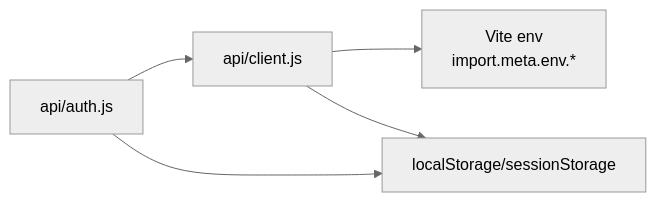
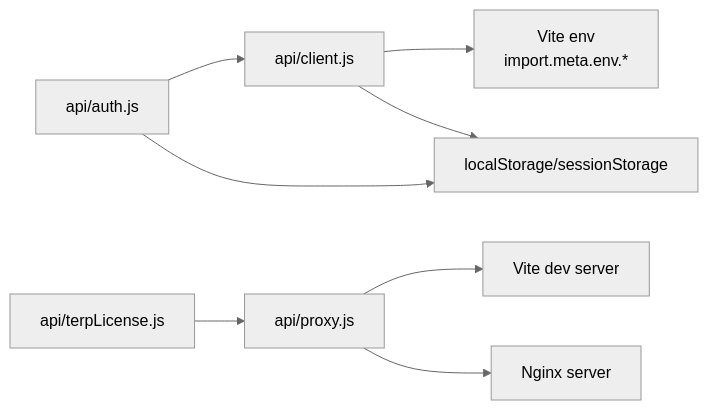
Before and after one commit to imcbsglobal/TRELLISCO_ERP_FRONTEND: the ninth of 9 diagrams in .qoder/repowiki/en/content/API Integration Layer/API Client Configuration.md, drawn with Mermaid (neutral theme). The commit also changed other lines of this file and 24 other files, not shown here.

````diff
--- a/.qoder/repowiki/en/content/API Integration Layer/API Client Configuration.md
+++ b/.qoder/repowiki/en/content/API Integration Layer/API Client Configuration.md
@@ -270,7 +390,10 @@
 ```mermaid
 graph LR
 AUTH["api/auth.js"] --> CLIENT["api/client.js"]
+TERP["api/terpLicense.js"] --> PROXY["api/proxy.js"]
 CLIENT --> ENV["Vite env<br/>import.meta.env.*"]
 CLIENT --> STORAGE["localStorage/sessionStorage"]
 AUTH --> STORAGE
+PROXY --> DEVENV["Vite dev server"]
+PROXY --> PRODENV["Nginx server"]
 ```
````
